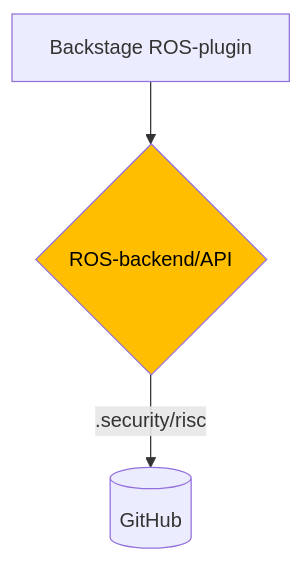
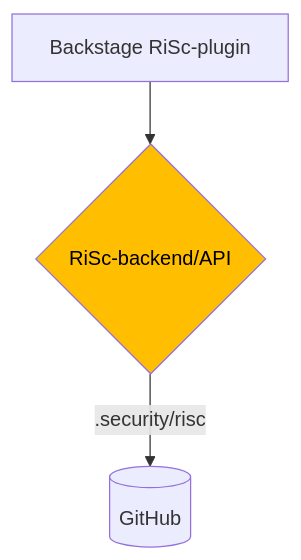
The first of 2 diagrams in README.md (kartverket/backstage-plugin-risk-scorecard-backend), drawn with Mermaid before and after one commit. The commit also changed other lines of this file, not shown here.

````diff
--- a/README.md
+++ b/README.md
@@ -5,5 +5,5 @@
 ```mermaid
 flowchart TD
-     A[Backstage ROS-plugin] --> B{ROS-backend/API} -->|.security/risc| C[(GitHub)]
+     A[Backstage RiSc-plugin] --> B{RiSc-backend/API} -->|.security/risc| C[(GitHub)]
      style B fill:#FFBF00,color:black
 ```
````
